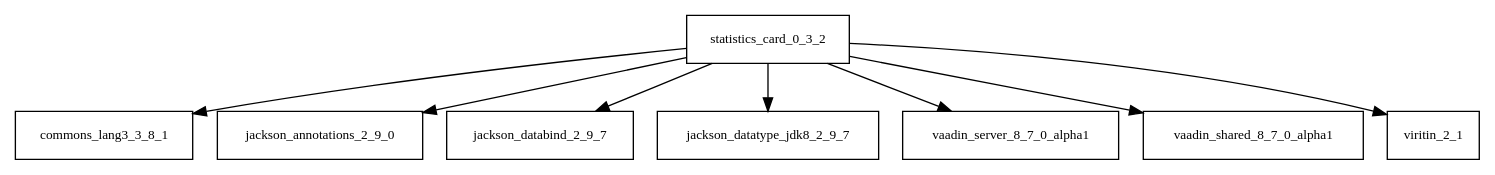
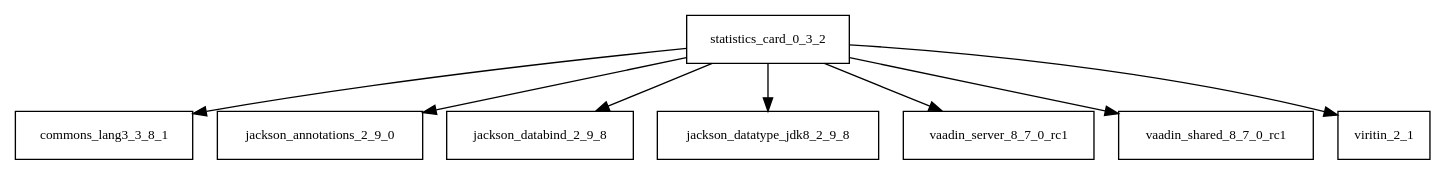
One commit to Hack23/cia changed the diagram in tattleTaleReport/graphviz/statistics-card-0.3.2.jar/statistics-card-0.3.2.jar.dot. Above: the diagram before and after it, drawn with Graphviz. The commit also changed 4761 other files, not shown here.

```diff
--- a/tattleTaleReport/graphviz/statistics-card-0.3.2.jar/statistics-card-0.3.2.jar.dot
+++ b/tattleTaleReport/graphviz/statistics-card-0.3.2.jar/statistics-card-0.3.2.jar.dot
@@ -1,10 +1,10 @@
 digraph statistics_card_0_3_2_dependencies {
   node [shape = box, fontsize=10.0];
   statistics_card_0_3_2 -> commons_lang3_3_8_1;
   statistics_card_0_3_2 -> jackson_annotations_2_9_0;
-  statistics_card_0_3_2 -> jackson_databind_2_9_7;
-  statistics_card_0_3_2 -> jackson_datatype_jdk8_2_9_7;
-  statistics_card_0_3_2 -> vaadin_server_8_7_0_alpha1;
-  statistics_card_0_3_2 -> vaadin_shared_8_7_0_alpha1;
+  statistics_card_0_3_2 -> jackson_databind_2_9_8;
+  statistics_card_0_3_2 -> jackson_datatype_jdk8_2_9_8;
+  statistics_card_0_3_2 -> vaadin_server_8_7_0_rc1;
+  statistics_card_0_3_2 -> vaadin_shared_8_7_0_rc1;
   statistics_card_0_3_2 -> viritin_2_1;
 }
```
